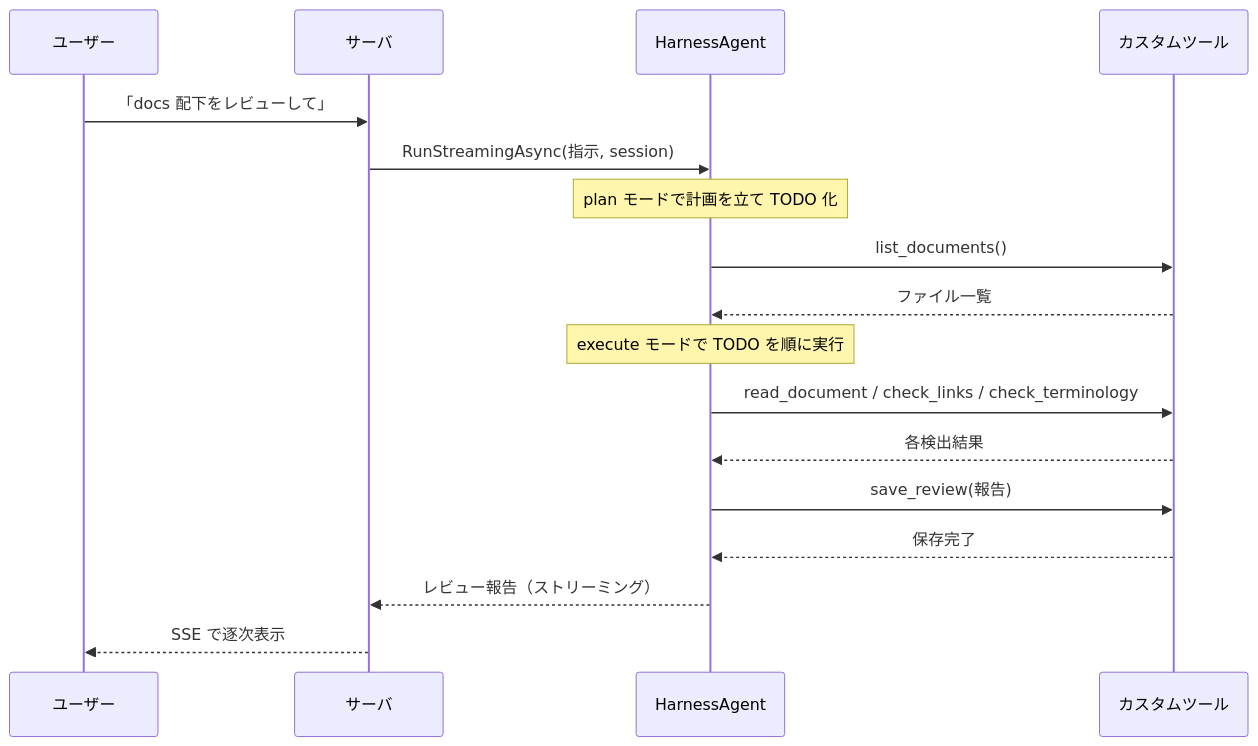
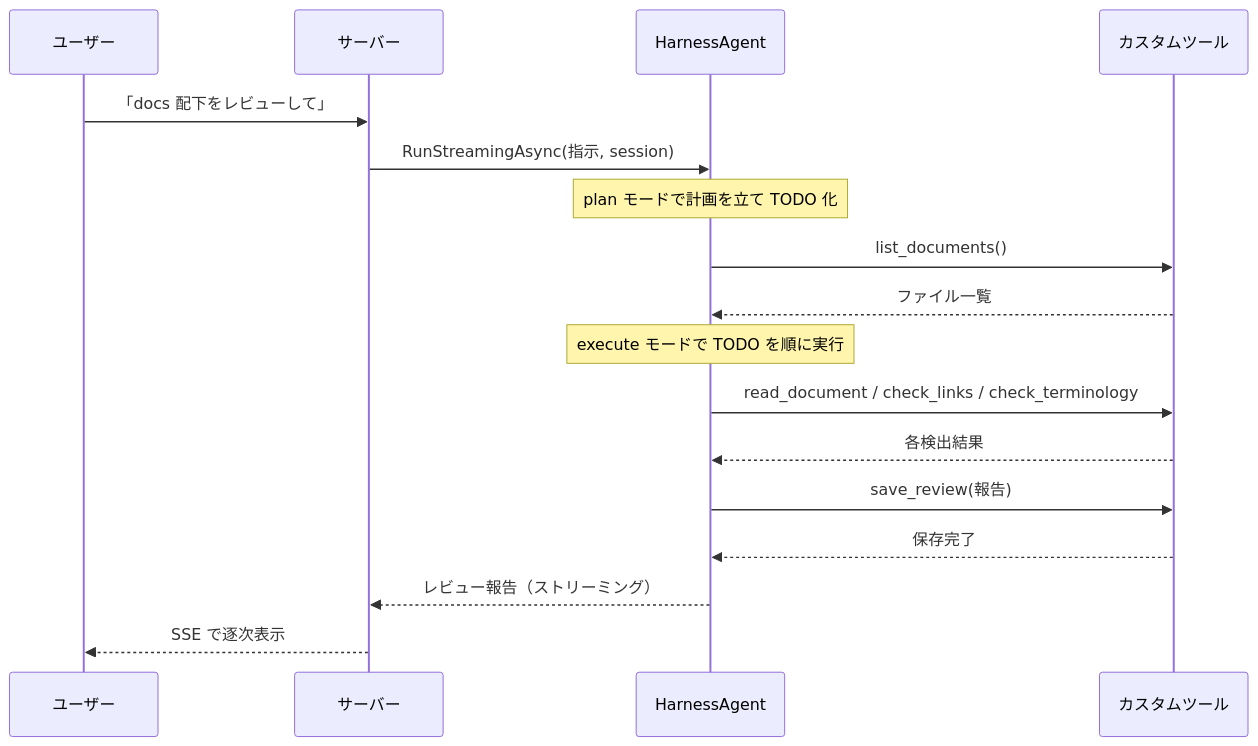
Before and after one commit to yoichiozaki/yoichiozaki.github.io: the second of 2 diagrams in content/blog/ja/agent-harness-doc-reviewer.mdx, drawn with Mermaid. The commit also changed other lines of this file and 117 other files, not shown here.

````diff
--- a/content/blog/ja/agent-harness-doc-reviewer.mdx
+++ b/content/blog/ja/agent-harness-doc-reviewer.mdx
@@ -95,20 +95,20 @@
 ```mermaid
 sequenceDiagram
     participant U as ユーザー
-    participant S as サーバ
+    participant S as サーバー
     participant H as HarnessAgent
     participant T as カスタムツール
 
     U->>S: 「docs 配下をレビューして」
     S->>H: RunStreamingAsync(指示, session)
     Note over H: plan モードで計画を立て TODO 化
     H->>T: list_documents()
     T-->>H: ファイル一覧
     Note over H: execute モードで TODO を順に実行
     H->>T: read_document / check_links / check_terminology
     T-->>H: 各検出結果
     H->>T: save_review(報告)
     T-->>H: 保存完了
     H-->>S: レビュー報告（ストリーミング）
     S-->>U: SSE で逐次表示
 ```
````
